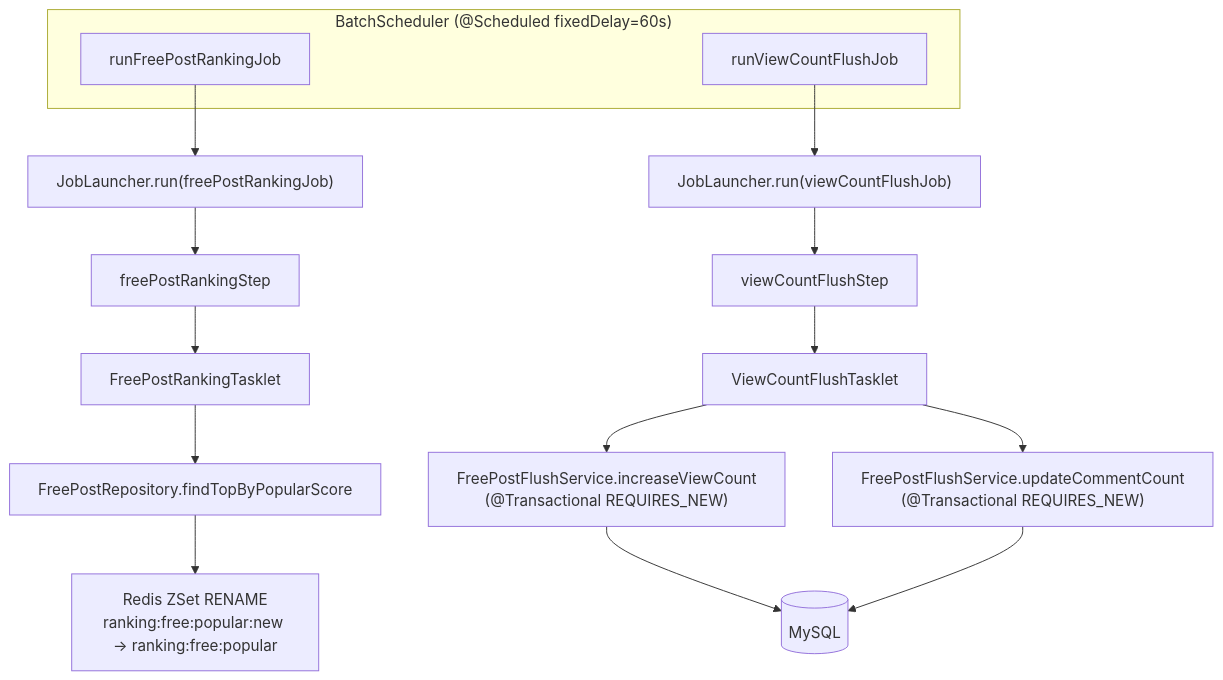
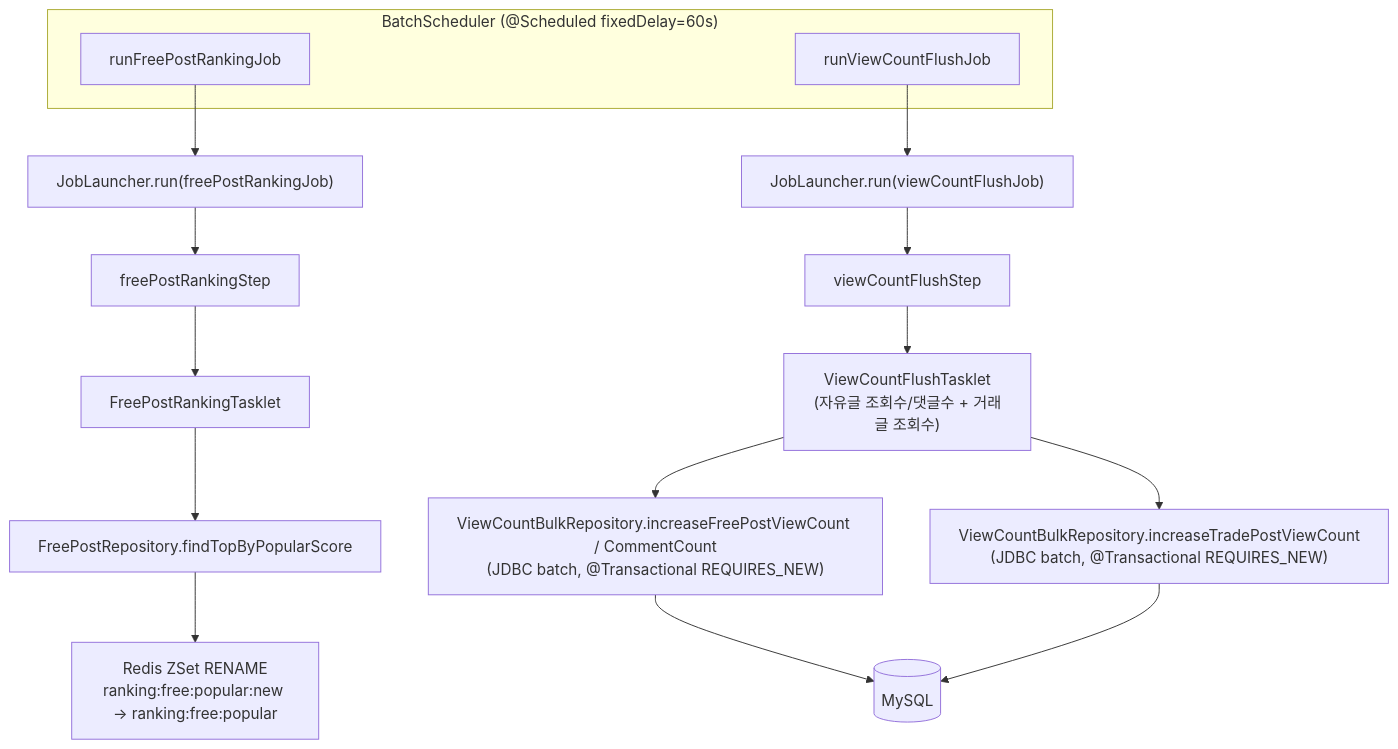
Before and after one commit to POCAT-sparta/pocat-batch: the diagram in docs/ARCHITECTURE.md, drawn with Mermaid. The commit also changed other lines of this file and 2 other files, not shown here.

Commit message:
docs: 거래글 조회수 flush + 키 표준화 + bulk 전환 반영 (ARCHITECTURE/RUNBOOK/guide)

````diff
--- a/docs/ARCHITECTURE.md
+++ b/docs/ARCHITECTURE.md
@@ -55,21 +59,21 @@
 ```mermaid
 flowchart TD
     subgraph Scheduler["BatchScheduler (@Scheduled fixedDelay=60s)"]
         S1[runFreePostRankingJob]
         S2[runViewCountFlushJob]
     end
 
     S1 --> JL1["JobLauncher.run(freePostRankingJob)"]
     JL1 --> STEP1["freePostRankingStep"]
     STEP1 --> T1["FreePostRankingTasklet"]
     T1 --> R1["FreePostRepository.findTopByPopularScore"]
     R1 --> R2["Redis ZSet RENAME\nranking:free:popular:new → ranking:free:popular"]
 
     S2 --> JL2["JobLauncher.run(viewCountFlushJob)"]
     JL2 --> STEP2["viewCountFlushStep"]
-    STEP2 --> T2["ViewCountFlushTasklet"]
-    T2 --> FS1["FreePostFlushService.increaseViewCount\n(@Transactional REQUIRES_NEW)"]
-    T2 --> FS2["FreePostFlushService.updateCommentCount\n(@Transactional REQUIRES_NEW)"]
+    STEP2 --> T2["ViewCountFlushTasklet\n(자유글 조회수/댓글수 + 거래글 조회수)"]
+    T2 --> FS1["ViewCountBulkRepository.increaseFreePostViewCount / CommentCount\n(JDBC batch, @Transactional REQUIRES_NEW)"]
+    T2 --> FS2["ViewCountBulkRepository.increaseTradePostViewCount\n(JDBC batch, @Transactional REQUIRES_NEW)"]
     FS1 --> DB[(MySQL)]
     FS2 --> DB
 ```
````
